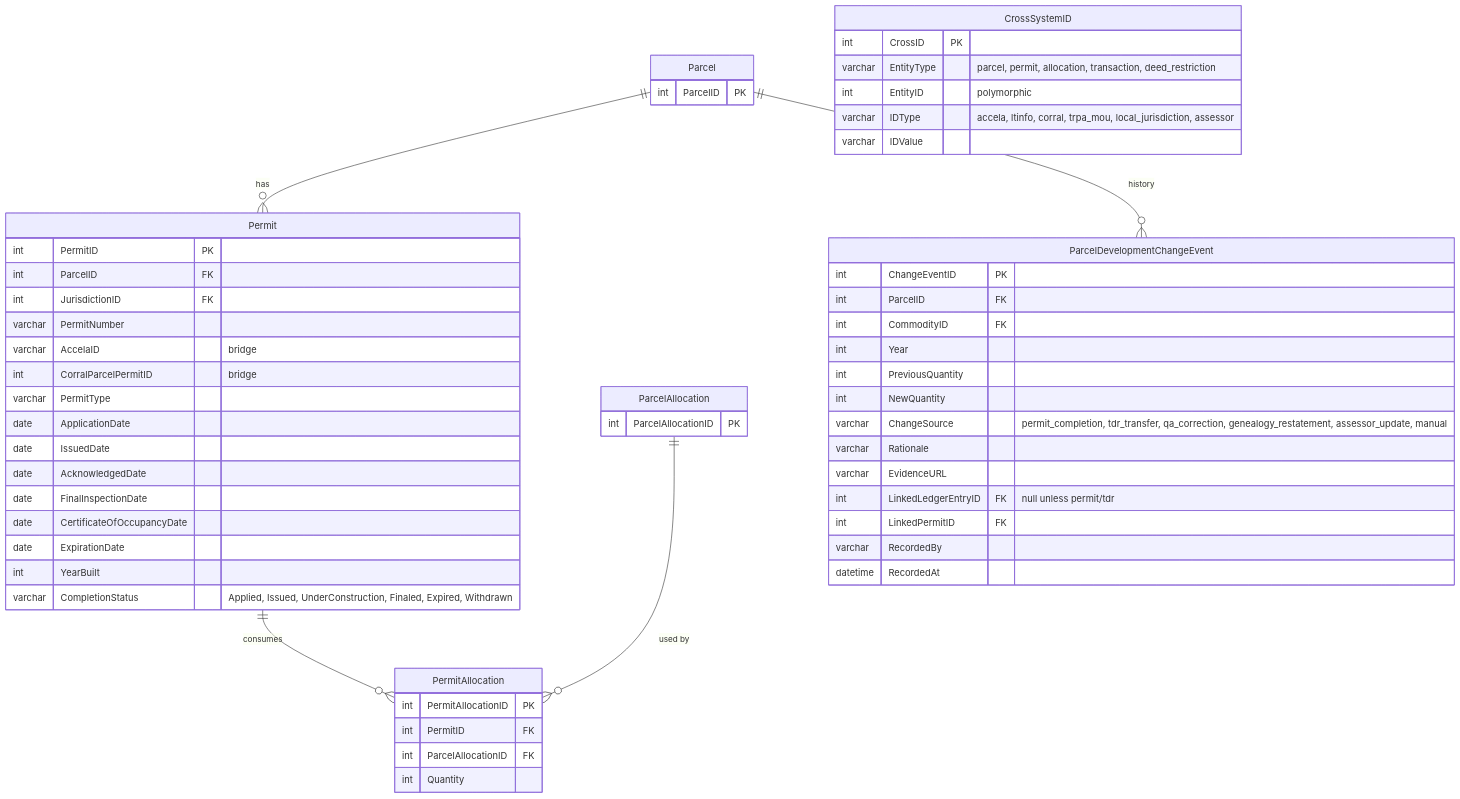
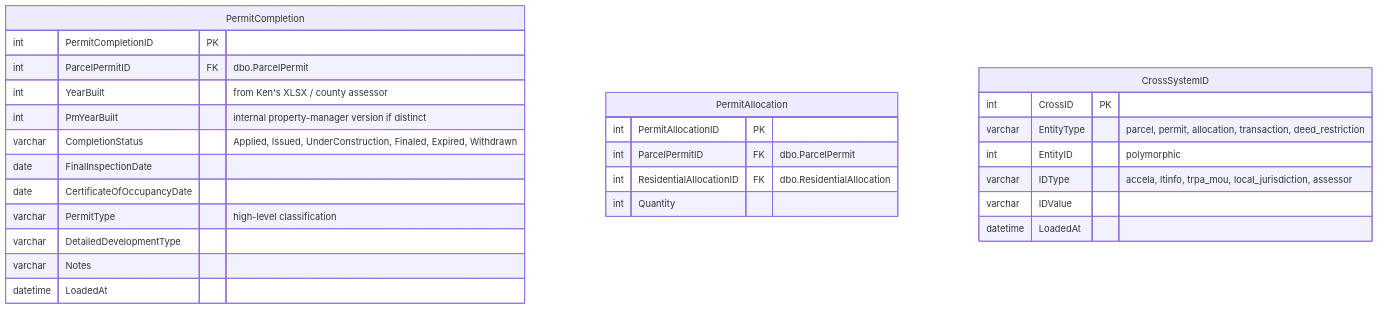
Before and after one commit to trpa-agency/Reporting: the third of 4 diagrams in erd/target_schema.md, drawn with Mermaid. The commit also changed other lines of this file and 1 other file, not shown here.

````diff
--- a/erd/target_schema.md
+++ b/erd/target_schema.md
@@ -256,54 +290,30 @@
 ```mermaid
 erDiagram
-    Parcel { int ParcelID PK }
-    ParcelAllocation { int ParcelAllocationID PK }
-    Permit {
-        int PermitID PK
-        int ParcelID FK
-        int JurisdictionID FK
-        varchar PermitNumber
-        varchar AccelaID "bridge"
-        int CorralParcelPermitID "bridge"
-        varchar PermitType
-        date ApplicationDate
-        date IssuedDate
-        date AcknowledgedDate
+    PermitCompletion {
+        int PermitCompletionID PK
+        int ParcelPermitID FK "dbo.ParcelPermit"
+        int YearBuilt "from Ken's XLSX / county assessor"
+        int PmYearBuilt "internal property-manager version if distinct"
+        varchar CompletionStatus "Applied, Issued, UnderConstruction, Finaled, Expired, Withdrawn"
         date FinalInspectionDate
         date CertificateOfOccupancyDate
-        date ExpirationDate
-        int YearBuilt
-        varchar CompletionStatus "Applied, Issued, UnderConstruction, Finaled, Expired, Withdrawn"
+        varchar PermitType "high-level classification"
+        varchar DetailedDevelopmentType
+        varchar Notes
+        datetime LoadedAt
     }
     PermitAllocation {
         int PermitAllocationID PK
-        int PermitID FK
-        int ParcelAllocationID FK
+        int ParcelPermitID FK "dbo.ParcelPermit"
+        int ResidentialAllocationID FK "dbo.ResidentialAllocation"
         int Quantity
-    }
-    ParcelDevelopmentChangeEvent {
-        int ChangeEventID PK
-        int ParcelID FK
-        int CommodityID FK
-        int Year
-        int PreviousQuantity
-        int NewQuantity
-        varchar ChangeSource "permit_completion, tdr_transfer, qa_correction, genealogy_restatement, assessor_update, manual"
-        varchar Rationale
-        varchar EvidenceURL
-        int LinkedLedgerEntryID FK "null unless permit/tdr"
-        int LinkedPermitID FK
-        varchar RecordedBy
-        datetime RecordedAt
     }
     CrossSystemID {
         int CrossID PK
         varchar EntityType "parcel, permit, allocation, transaction, deed_restriction"
         int EntityID "polymorphic"
-        varchar IDType "accela, ltinfo, corral, trpa_mou, local_jurisdiction, assessor"
+        varchar IDType "accela, ltinfo, trpa_mou, local_jurisdiction, assessor"
         varchar IDValue
+        datetime LoadedAt
     }
-    Parcel            ||--o{ Permit : "has"
-    Permit            ||--o{ PermitAllocation : "consumes"
-    ParcelAllocation  ||--o{ PermitAllocation : "used by"
-    Parcel            ||--o{ ParcelDevelopmentChangeEvent : "history"
 ```
````
